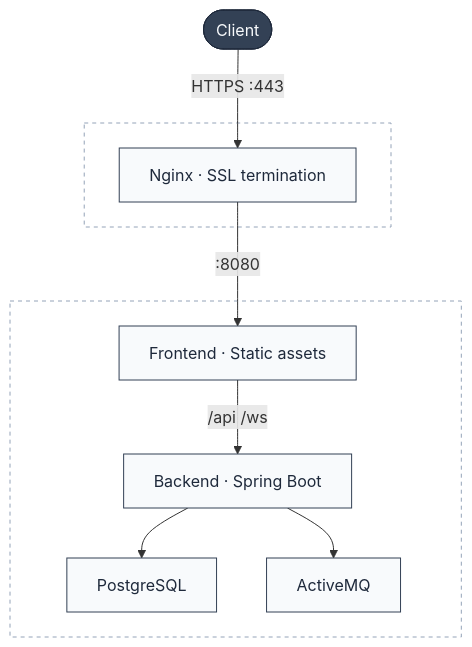
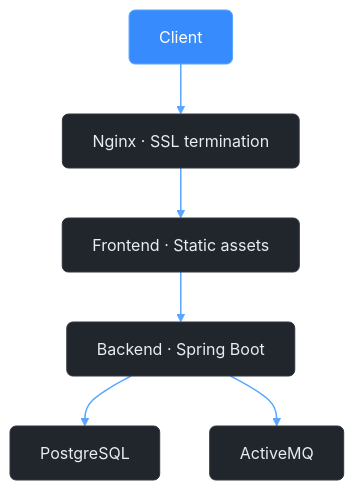
The diagram in README.md (sagi-menahem/SynchBoard), drawn with Mermaid before and after one commit.

Commit message:
docs: update flowchart in README for improved clarity and GitHub Dark Mode compatibility

````diff
--- a/README.md
+++ b/README.md
@@ -64,27 +64,24 @@
 ```mermaid
 flowchart TD
-    %% Minimalist monochrome theme with slate accent
-    classDef default fill:#f8fafc,stroke:#334155,stroke-width:1px,color:#1e293b
-    classDef accent fill:#334155,stroke:#1e293b,stroke-width:1px,color:#f8fafc
+    %% Minimalist theme optimized for GitHub Dark Mode
+    classDef default fill:#21262d,stroke:#30363d,stroke-width:1px,color:#e6edf3,rx:6,ry:6
+    classDef accent fill:#388bfd,stroke:#58a6ff,stroke-width:1px,color:#ffffff,rx:6,ry:6
 
-    User(["Client"]):::accent
+    Client["Client"]:::accent
+    Nginx["Nginx · SSL termination"]
+    Frontend["Frontend · Static assets"]
+    Backend["Backend · Spring Boot"]
+    Postgres["PostgreSQL"]
+    ActiveMQ["ActiveMQ"]
 
-    subgraph host [" "]
-        Nginx["Nginx · SSL termination"]
-    end
-
-    subgraph docker [" "]
-        Frontend["Frontend · Static assets"]
-        Backend["Backend · Spring Boot"]
-        Postgres["PostgreSQL"]
-        ActiveMQ["ActiveMQ"]
-    end
-
-    User -- "HTTPS :443" --> Nginx
-    Nginx -- ":8080" --> Frontend
-    Frontend -- "/api  /ws" --> Backend
+    Client --> Nginx
+    Nginx --> Frontend
+    Frontend --> Backend
     Backend --> Postgres & ActiveMQ
 
-    style host fill:none,stroke:#94a3b8,stroke-width:1px,stroke-dasharray:4
-    style docker fill:none,stroke:#94a3b8,stroke-width:1px,stroke-dasharray:4
+    linkStyle 0 stroke:#58a6ff,stroke-width:1.5px
+    linkStyle 1 stroke:#58a6ff,stroke-width:1.5px
+    linkStyle 2 stroke:#58a6ff,stroke-width:1.5px
+    linkStyle 3 stroke:#58a6ff,stroke-width:1.5px
+    linkStyle 4 stroke:#58a6ff,stroke-width:1.5px
 ```
````
